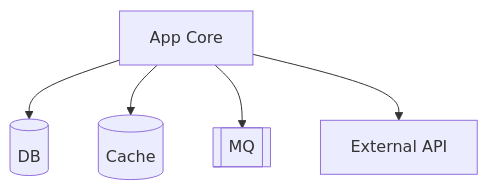
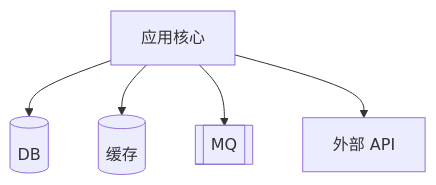
Before and after one commit to WangXianan456/repo-global-map: the second of 6 diagrams in templates/02-system-diagrams.md, drawn with Mermaid. The commit also changed other lines of this file and 16 other files, not shown here.

````diff
--- a/templates/02-system-diagrams.md
+++ b/templates/02-system-diagrams.md
@@ -39,7 +39,7 @@
 ```mermaid
 flowchart TD
-App[App Core] --> DB[(DB)]
-App --> Cache[(Cache)]
+App[应用核心] --> DB[(DB)]
+App --> Cache[(缓存)]
 App --> MQ[[MQ]]
-App --> Ext[External API]
+App --> Ext[外部 API]
 ```
````
